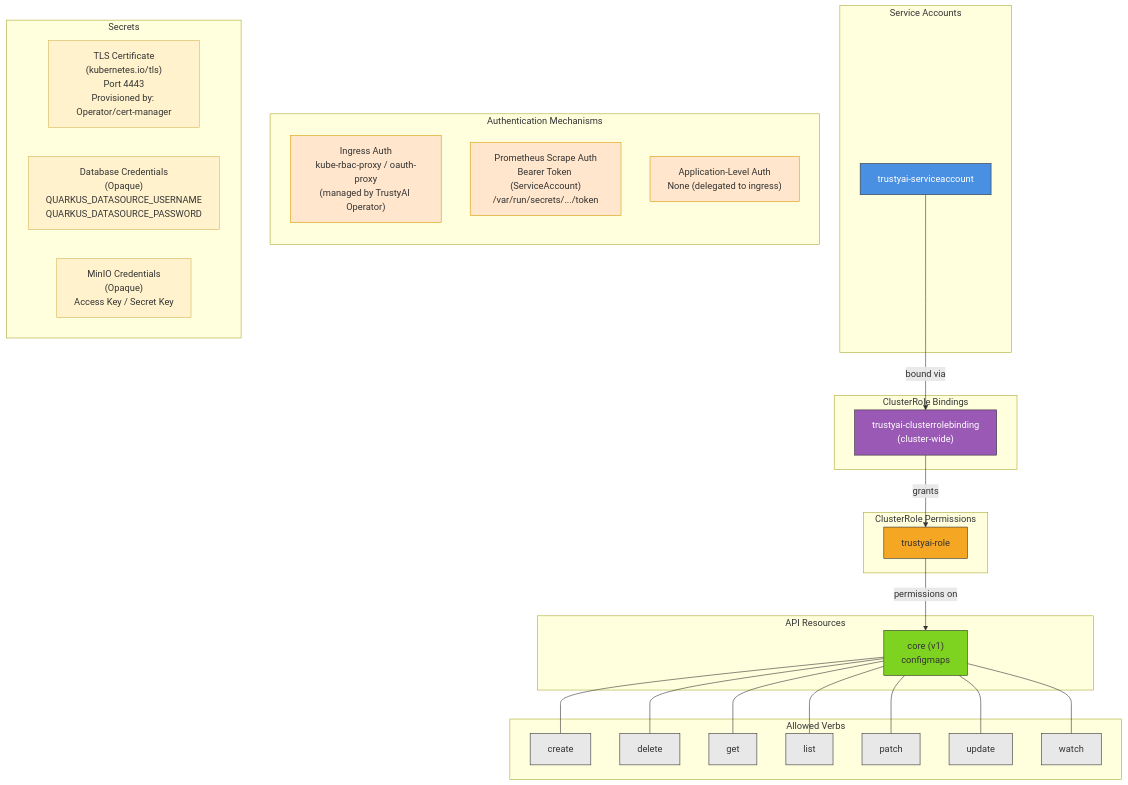
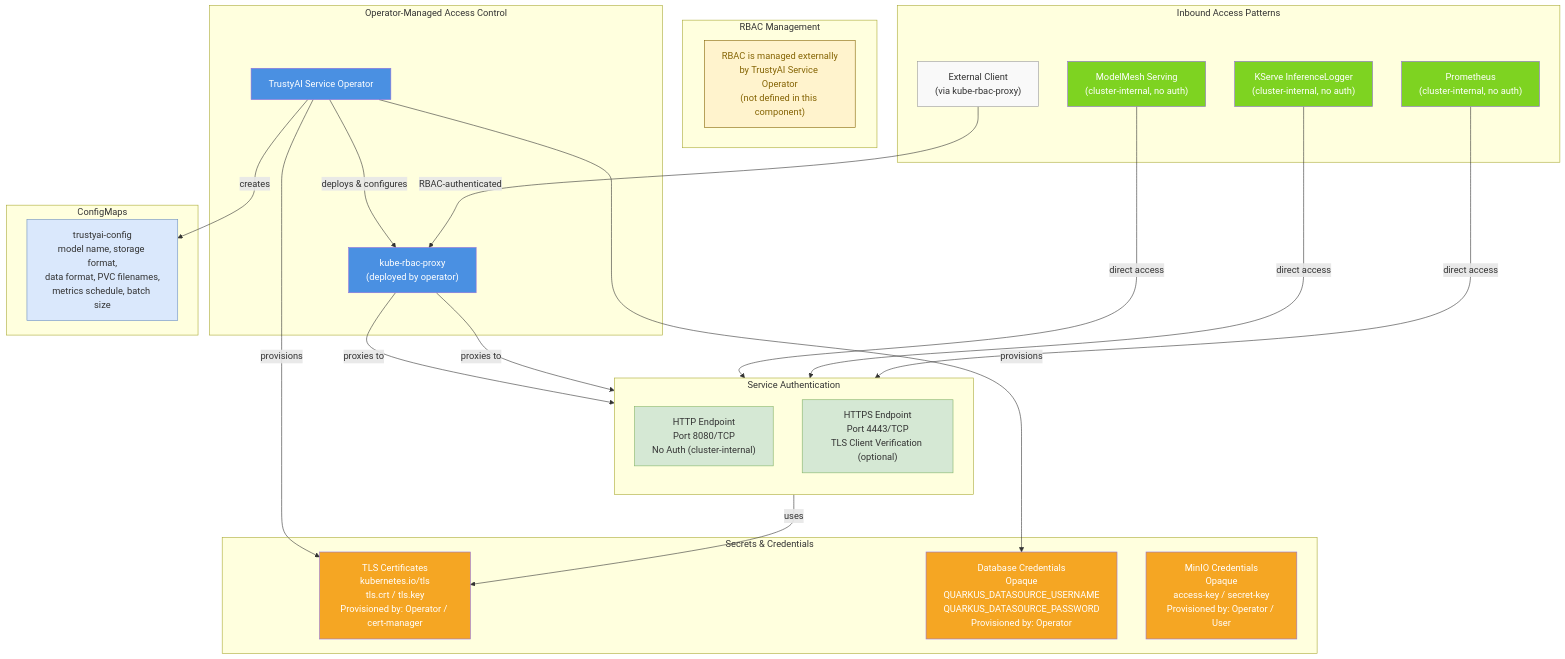
Before and after one commit to rhuss/architecture-context: the diagram in architecture/rhoai-3.4-ea.2/diagrams/trustyai-explainability-rbac.mmd, drawn with Mermaid. The commit also changed 606 other files, not shown here.

```diff
--- a/architecture/rhoai-3.4-ea.2/diagrams/trustyai-explainability-rbac.mmd
+++ b/architecture/rhoai-3.4-ea.2/diagrams/trustyai-explainability-rbac.mmd
@@ -1,72 +1,64 @@
 %% TrustyAI Explainability - RBAC Visualization
 %% Generated by: Claude Opus 4.6
 
 graph TD
-    subgraph ServiceAccounts["Service Accounts"]
-        SA["trustyai-serviceaccount"]
+    subgraph "RBAC Management"
+        Note["RBAC is managed externally<br/>by TrustyAI Service Operator<br/>(not defined in this component)"]
     end
 
-    subgraph ClusterRoleBindings["ClusterRole Bindings"]
-        CRB["trustyai-clusterrolebinding<br/>(cluster-wide)"]
+    subgraph "Operator-Managed Access Control"
+        Operator["TrustyAI Service Operator"]
+        KRBACProxy["kube-rbac-proxy<br/>(deployed by operator)"]
     end
 
-    subgraph ClusterRoles["ClusterRole Permissions"]
-        CR["trustyai-role"]
+    subgraph "Service Authentication"
+        direction TB
+        HTTP["HTTP Endpoint<br/>Port 8080/TCP<br/>No Auth (cluster-internal)"]
+        HTTPS["HTTPS Endpoint<br/>Port 4443/TCP<br/>TLS Client Verification (optional)"]
     end
 
-    subgraph APIResources["API Resources"]
-        ConfigMaps["core (v1)<br/>configmaps"]
+    subgraph "Secrets & Credentials"
+        TLSSecret["TLS Certificates<br/>kubernetes.io/tls<br/>tls.crt / tls.key<br/>Provisioned by: Operator / cert-manager"]
+        DBSecret["Database Credentials<br/>Opaque<br/>QUARKUS_DATASOURCE_USERNAME<br/>QUARKUS_DATASOURCE_PASSWORD<br/>Provisioned by: Operator"]
+        MinIOSecret["MinIO Credentials<br/>Opaque<br/>access-key / secret-key<br/>Provisioned by: Operator / User"]
     end
 
-    subgraph Verbs["Allowed Verbs"]
-        V1["create"]
-        V2["delete"]
-        V3["get"]
-        V4["list"]
-        V5["patch"]
-        V6["update"]
-        V7["watch"]
+    subgraph "ConfigMaps"
+        Config["trustyai-config<br/>model name, storage format,<br/>data format, PVC filenames,<br/>metrics schedule, batch size"]
     end
 
-    SA -->|"bound via"| CRB
-    CRB -->|"grants"| CR
-    CR -->|"permissions on"| ConfigMaps
-    ConfigMaps --- V1
-    ConfigMaps --- V2
-    ConfigMaps --- V3
-    ConfigMaps --- V4
-    ConfigMaps --- V5
-    ConfigMaps --- V6
-    ConfigMaps --- V7
-
-    subgraph AuthMechanisms["Authentication Mechanisms"]
-        direction TB
-        IngressAuth["Ingress Auth<br/>kube-rbac-proxy / oauth-proxy<br/>(managed by TrustyAI Operator)"]
-        PrometheusAuth["Prometheus Scrape Auth<br/>Bearer Token (ServiceAccount)<br/>/var/run/secrets/.../token"]
-        AppAuth["Application-Level Auth<br/>None (delegated to ingress)"]
+    subgraph "Inbound Access Patterns"
+        ExternalClient["External Client<br/>(via kube-rbac-proxy)"]
+        ModelMesh["ModelMesh Serving<br/>(cluster-internal, no auth)"]
+        KServe["KServe InferenceLogger<br/>(cluster-internal, no auth)"]
+        Prometheus["Prometheus<br/>(cluster-internal, no auth)"]
     end
 
-    subgraph Secrets["Secrets"]
-        TLSCert["TLS Certificate<br/>(kubernetes.io/tls)<br/>Port 4443<br/>Provisioned by: Operator/cert-manager"]
-        DBCreds["Database Credentials<br/>(Opaque)<br/>QUARKUS_DATASOURCE_USERNAME<br/>QUARKUS_DATASOURCE_PASSWORD"]
-        MinioCreds["MinIO Credentials<br/>(Opaque)<br/>Access Key / Secret Key"]
-    end
+    Operator -->|"deploys & configures"| KRBACProxy
+    Operator -->|"provisions"| TLSSecret
+    Operator -->|"provisions"| DBSecret
+    Operator -->|"creates"| Config
 
-    %% Styling
-    style SA fill:#4a90e2,stroke:#333,color:#fff
-    style CRB fill:#9b59b6,stroke:#333,color:#fff
-    style CR fill:#f5a623,stroke:#333
-    style ConfigMaps fill:#7ed321,stroke:#333
-    style V1 fill:#e8e8e8,stroke:#333
-    style V2 fill:#e8e8e8,stroke:#333
-    style V3 fill:#e8e8e8,stroke:#333
-    style V4 fill:#e8e8e8,stroke:#333
-    style V5 fill:#e8e8e8,stroke:#333
-    style V6 fill:#e8e8e8,stroke:#333
-    style V7 fill:#e8e8e8,stroke:#333
-    style IngressAuth fill:#ffe6cc,stroke:#d79b00
-    style PrometheusAuth fill:#ffe6cc,stroke:#d79b00
-    style AppAuth fill:#ffe6cc,stroke:#d79b00
-    style TLSCert fill:#fff2cc,stroke:#d6b656
-    style DBCreds fill:#fff2cc,stroke:#d6b656
-    style MinioCreds fill:#fff2cc,stroke:#d6b656
+    ExternalClient -->|"RBAC-authenticated"| KRBACProxy
+    KRBACProxy -->|"proxies to"| HTTP
+    KRBACProxy -->|"proxies to"| HTTPS
+
+    ModelMesh -->|"direct access"| HTTP
+    KServe -->|"direct access"| HTTP
+    Prometheus -->|"direct access"| HTTP
+
+    HTTPS -->|"uses"| TLSSecret
+
+    style Note fill:#fff3cd,stroke:#856404,color:#856404
+    style Operator fill:#4a90e2,color:#fff
+    style KRBACProxy fill:#4a90e2,color:#fff
+    style HTTP fill:#d5e8d4,stroke:#82b366
+    style HTTPS fill:#d5e8d4,stroke:#82b366
+    style TLSSecret fill:#f5a623,color:#fff
+    style DBSecret fill:#f5a623,color:#fff
+    style MinIOSecret fill:#f5a623,color:#fff
+    style Config fill:#dae8fc,stroke:#6c8ebf
+    style ExternalClient fill:#f9f9f9,stroke:#999
+    style ModelMesh fill:#7ed321,color:#fff
+    style KServe fill:#7ed321,color:#fff
+    style Prometheus fill:#7ed321,color:#fff
```
